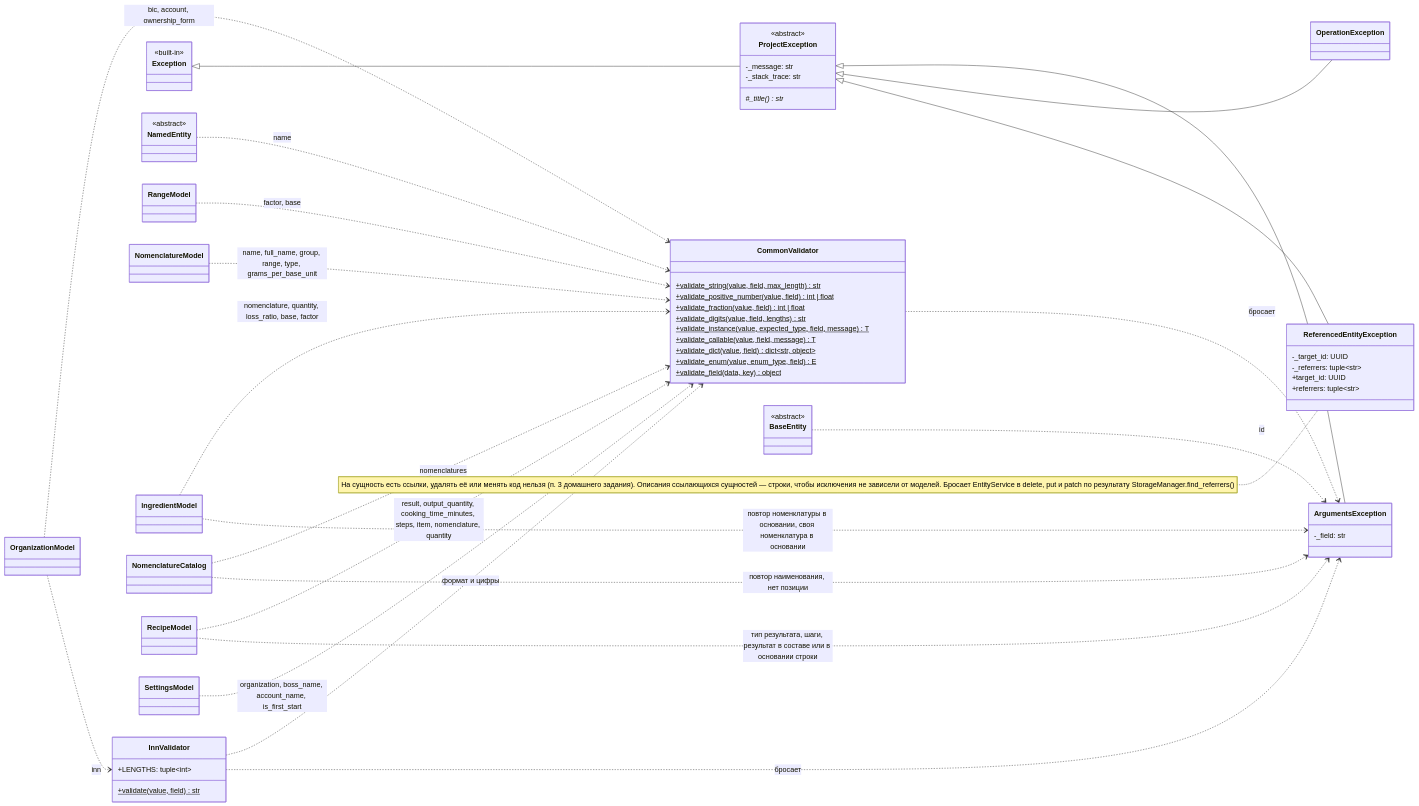
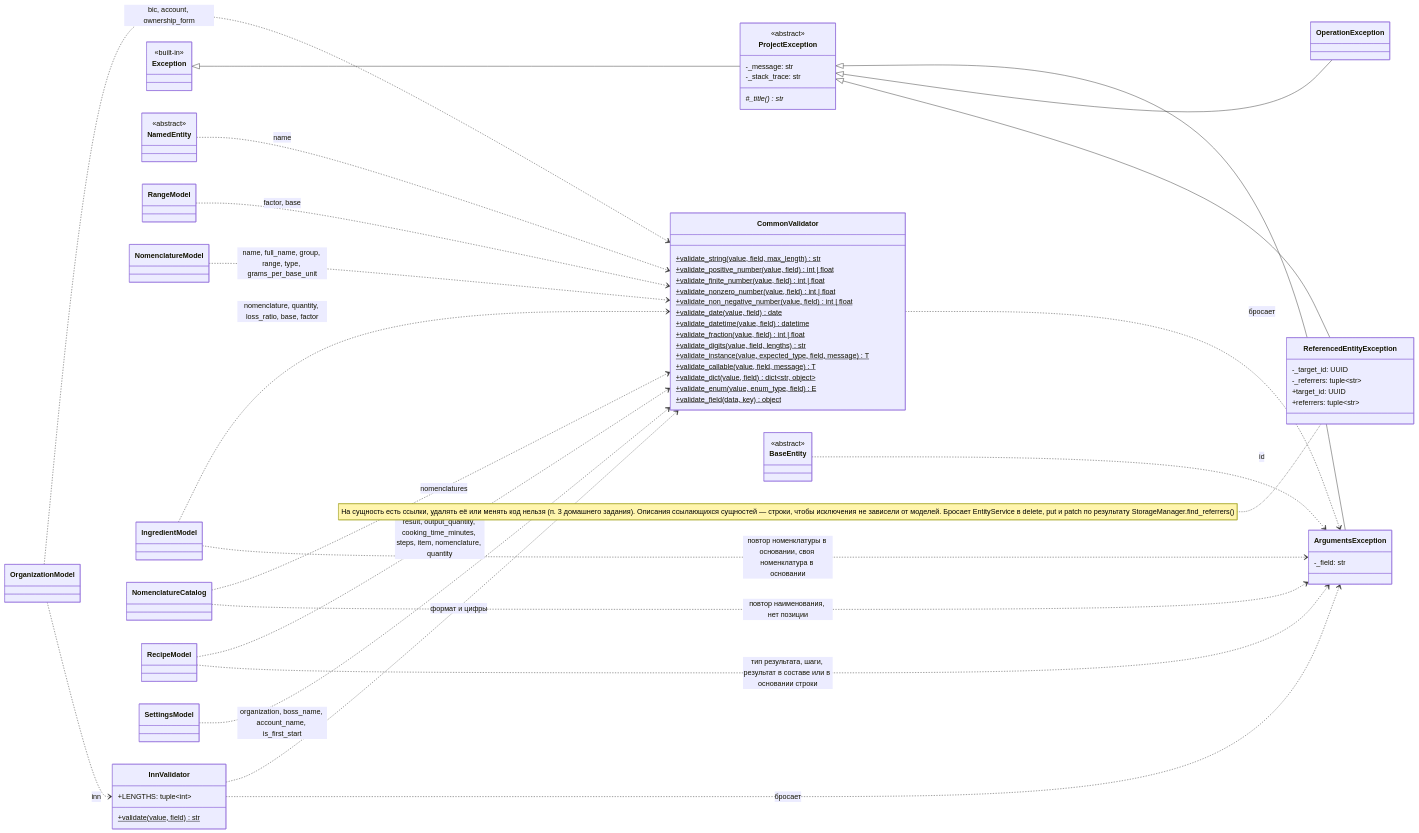
The third of 12 diagrams in Docs/ClassDiagram.md (asutenshi/design-patterns), drawn with Mermaid before and after one commit. The commit also changed other lines of this file and 2 other files, not shown here.

Commit message:
docs: describe filtering and turnover API and update diagrams

```diff
--- a/Docs/ClassDiagram.md
+++ b/Docs/ClassDiagram.md
@@ -341,6 +360,11 @@
     class CommonValidator {
         +validate_string(value, field, max_length)$ str
         +validate_positive_number(value, field)$ int | float
+        +validate_finite_number(value, field)$ int | float
+        +validate_nonzero_number(value, field)$ int | float
+        +validate_non_negative_number(value, field)$ int | float
+        +validate_date(value, field)$ date
+        +validate_datetime(value, field)$ datetime
         +validate_fraction(value, field)$ int | float
         +validate_digits(value, field, lengths)$ str
         +validate_instance(value, expected_type, field, message)$ T
```
